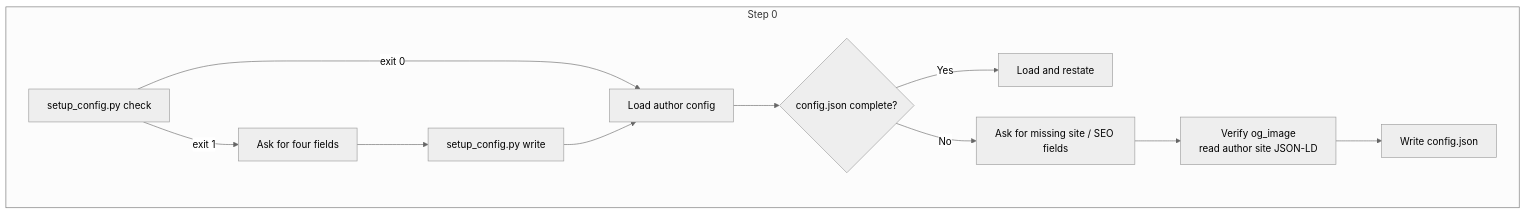
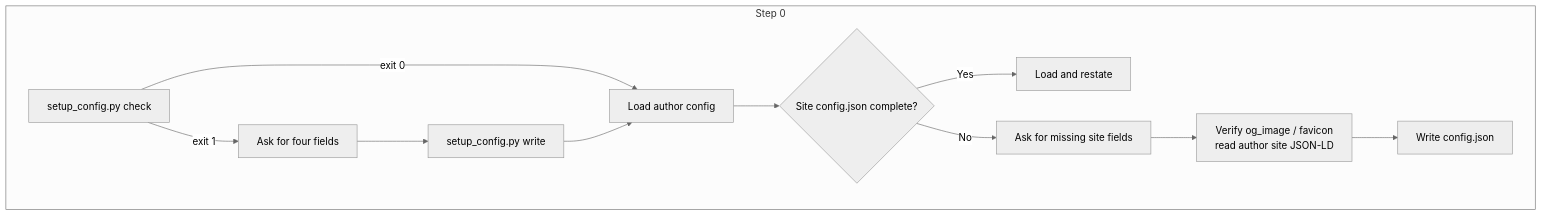
The third of 9 diagrams in doc/architecture.md (agenvoy/skill-wiki-generate), drawn with Mermaid (neutral theme) before and after one commit. The commit also changed other lines of this file and 13 other files, not shown here.

````diff
--- a/doc/architecture.md
+++ b/doc/architecture.md
@@ -53,14 +55,14 @@
 ```mermaid
 graph TB
     subgraph Setup[Step 0]
         A1[setup_config.py check] -->|exit 0| A2[Load author config]
         A1 -->|exit 1| A3[Ask for four fields]
         A3 --> A4[setup_config.py write]
         A4 --> A2
-        A2 --> B1{config.json complete?}
+        A2 --> B1{Site config.json complete?}
         B1 -->|Yes| B2[Load and restate]
-        B1 -->|No| B3[Ask for missing site / SEO fields]
-        B3 --> B4[Verify og_image<br/>read author site JSON-LD]
+        B1 -->|No| B3[Ask for missing site fields]
+        B3 --> B4[Verify og_image / favicon<br/>read author site JSON-LD]
         B4 --> B5[Write config.json]
     end
 ```
````
